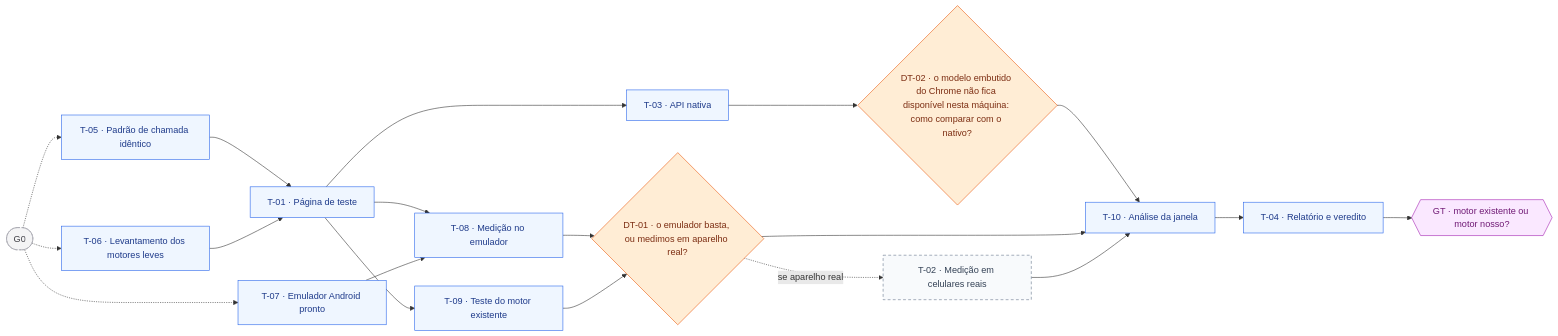
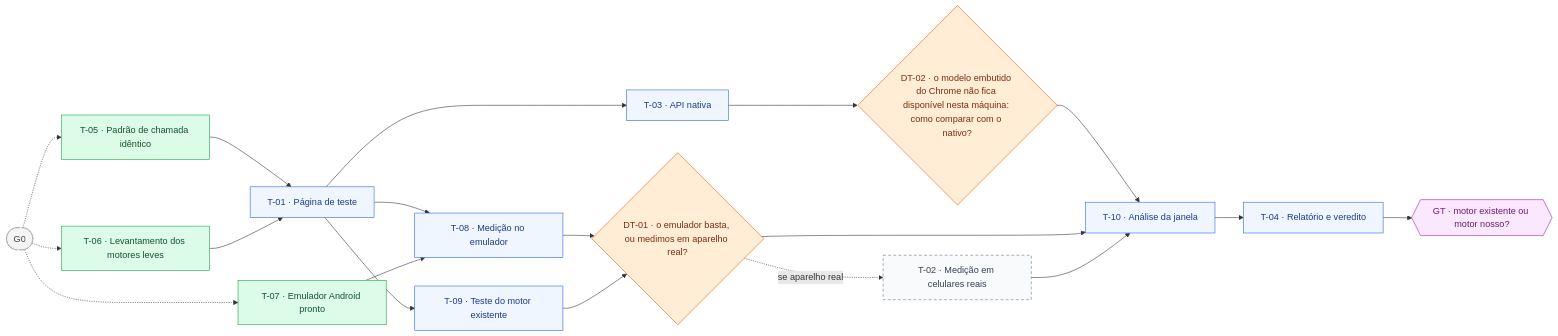
One commit to frederico-kluser/som-webcore changed the third of 9 diagrams in ROADMAP.md. Above: the diagram before and after it, drawn with Mermaid. The commit also changed other lines of this file and 30 other files, not shown here.

````diff
--- a/ROADMAP.md
+++ b/ROADMAP.md
@@ -327,43 +329,43 @@
 ```mermaid
 flowchart LR
     G0(["G0"]):::ext
-    T05["T-05 · Padrão de chamada idêntico"]:::todo
-    T06["T-06 · Levantamento dos motores leves"]:::todo
-    T07["T-07 · Emulador Android pronto"]:::todo
+    T05["T-05 · Padrão de chamada idêntico"]:::done
+    T06["T-06 · Levantamento dos motores leves"]:::done
+    T07["T-07 · Emulador Android pronto"]:::done
     T01["T-01 · Página de teste"]:::todo
     T08["T-08 · Medição no emulador"]:::todo
     T09["T-09 · Teste do motor existente"]:::todo
     T03["T-03 · API nativa"]:::todo
     DT01{"DT-01 · o emulador basta, ou medimos em aparelho real?"}:::fork
     DT02{"DT-02 · o modelo embutido do Chrome não fica disponível nesta máquina: como comparar com o nativo?"}:::fork
     T02["T-02 · Medição em celulares reais"]:::opt
     T10["T-10 · Análise da janela"]:::todo
     T04["T-04 · Relatório e veredito"]:::todo
     GT{{"GT · motor existente ou motor nosso?"}}:::gate
     G0 -.-> T05
     G0 -.-> T06
     G0 -.-> T07
     T05 --> T01
     T06 --> T01
     T01 --> T08
     T07 --> T08
     T01 --> T09
     T01 --> T03
     T08 --> DT01
     T09 --> DT01
     T03 --> DT02
     DT01 -.->|"se aparelho real"| T02
     DT02 --> T10
     DT01 --> T10
     T02 --> T10
     T10 --> T04
     T04 --> GT
     classDef done fill:#dcfce7,stroke:#16a34a,color:#14532d;
     classDef doing fill:#fef9c3,stroke:#ca8a04,color:#713f12;
     classDef todo fill:#eff6ff,stroke:#2563eb,color:#1e3a8a;
     classDef gate fill:#fae8ff,stroke:#a21caf,color:#701a75;
     classDef fork fill:#ffedd5,stroke:#ea580c,color:#7c2d12;
     classDef opt fill:#f8fafc,stroke:#64748b,color:#334155,stroke-dasharray: 5 4;
     classDef off fill:#f4f4f5,stroke:#d4d4d8,color:#a1a1aa;
     classDef ext fill:#f4f4f5,stroke:#a1a1aa,color:#3f3f46,stroke-dasharray: 4 3;
 ```
````
